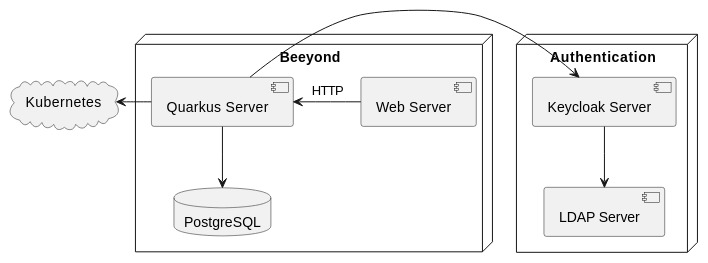
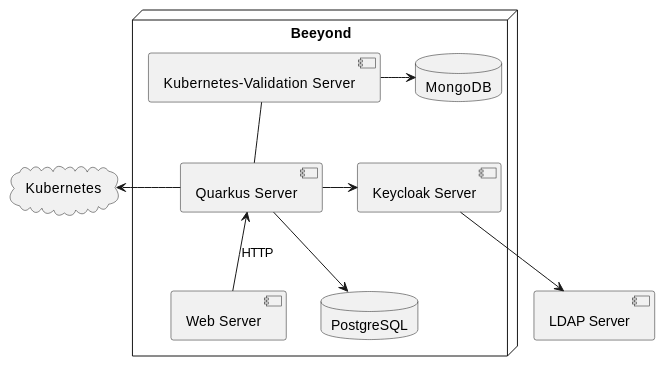
Before and after one commit to halilbahar/beeyond: the second of 3 diagrams in asciidoctor/entwurf.adoc, drawn with PlantUML.

Commit message:
Change Systemarchitektur

```diff
--- a/asciidoctor/entwurf.adoc
+++ b/asciidoctor/entwurf.adoc
@@ -61,27 +61,29 @@
 [plantuml]
 ----
 @startuml
 
     node Beeyond {
         [Quarkus Server]
+        [Kubernetes-Validation Server]
         [Web Server]
         database PostgreSQL
+        database MongoDB
+        [Keycloak Server]
     }
 
-    node Authentication {
-        [Keycloak Server]
-        [LDAP Server]
-        [Keycloak Server] --> [LDAP Server]
-    }
+    cloud Kubernetes
+    [LDAP Server]
 
-    cloud Kubernetes {
-    }
 
+
+    [Keycloak Server] --> [LDAP Server]
+    [Kubernetes-Validation Server] -- [Quarkus Server]
+    [Kubernetes-Validation Server] -r-> MongoDB
     [Quarkus Server] --> PostgreSQL
-    [Quarkus Server] <-r- [Web Server]: HTTP
+    [Quarkus Server] <-- [Web Server]: HTTP
 
-    [Quarkus Server] -> [Keycloak Server]
+    [Quarkus Server] -r-> [Keycloak Server]
 
     [Quarkus Server] -l-> Kubernetes
 @enduml
 ----
```
